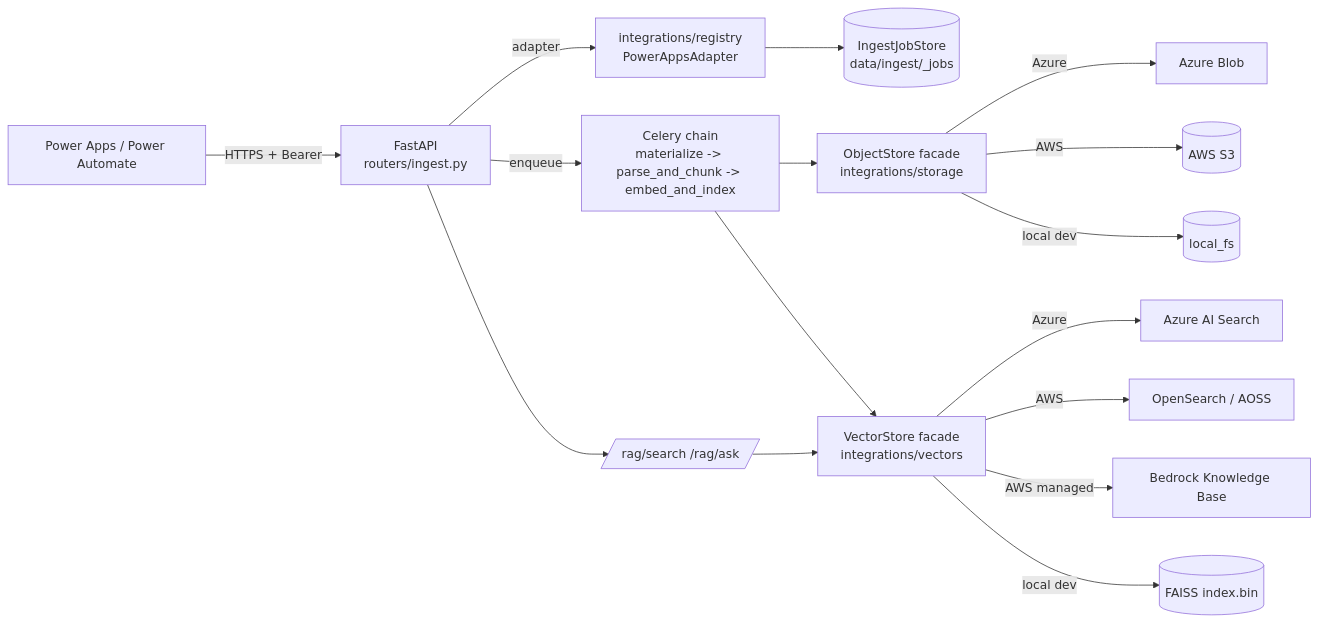
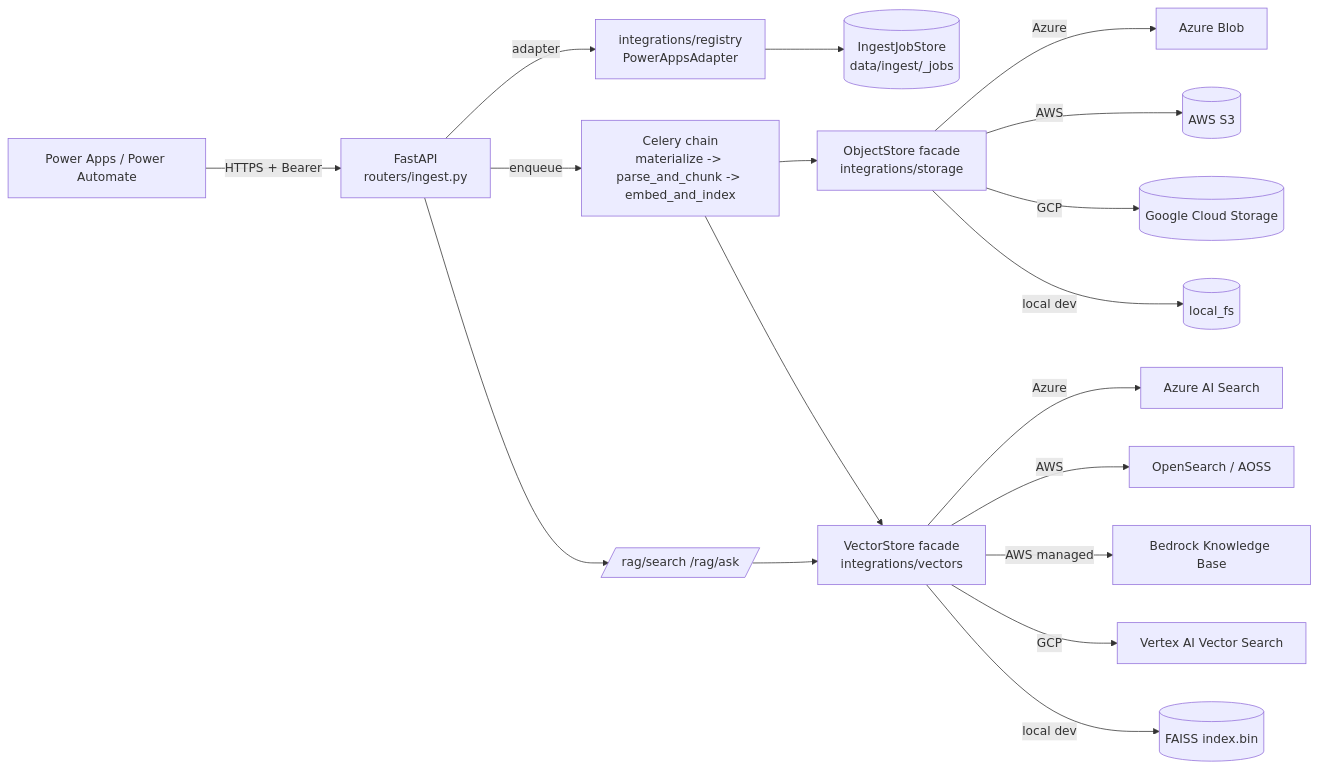
One commit to riteshverma/s18 changed the first of 2 diagrams in docs/architecture/POWERAPPS_RAG_PIPELINE.md. Above: the diagram before and after it, drawn with Mermaid. The commit also changed other lines of this file and 25 other files, not shown here.

First line of the commit message:
feat: expand multi-cloud ingest with vertex ai and terraform scaffolds

````diff
--- a/docs/architecture/POWERAPPS_RAG_PIPELINE.md
+++ b/docs/architecture/POWERAPPS_RAG_PIPELINE.md
@@ -19,18 +20,20 @@
 ```mermaid
 flowchart LR
     PA[Power Apps / Power Automate] -->|HTTPS + Bearer| API[FastAPI<br/>routers/ingest.py]
     API -->|adapter| Reg[integrations/registry<br/>PowerAppsAdapter]
     Reg --> Job[(IngestJobStore<br/>data/ingest/_jobs)]
     API -->|enqueue| Celery[Celery chain<br/>materialize -> parse_and_chunk -> embed_and_index]
     Celery --> Obj[ObjectStore facade<br/>integrations/storage]
     Celery --> Vec[VectorStore facade<br/>integrations/vectors]
     Obj -->|"Azure"| Blob[Azure Blob]
     Obj -->|"AWS"| S3[(AWS S3)]
+    Obj -->|"GCP"| GCS[(Google Cloud Storage)]
     Obj -->|local dev| FS[(local_fs)]
     Vec -->|Azure| AIS[Azure AI Search]
     Vec -->|AWS| OS[OpenSearch / AOSS]
     Vec -->|AWS managed| KB[Bedrock Knowledge Base]
+    Vec -->|GCP| VVS[Vertex AI Vector Search]
     Vec -->|local dev| FAISS[(FAISS index.bin)]
     API --> Rag[/rag/search /rag/ask/]
     Rag --> Vec
 ```
````
